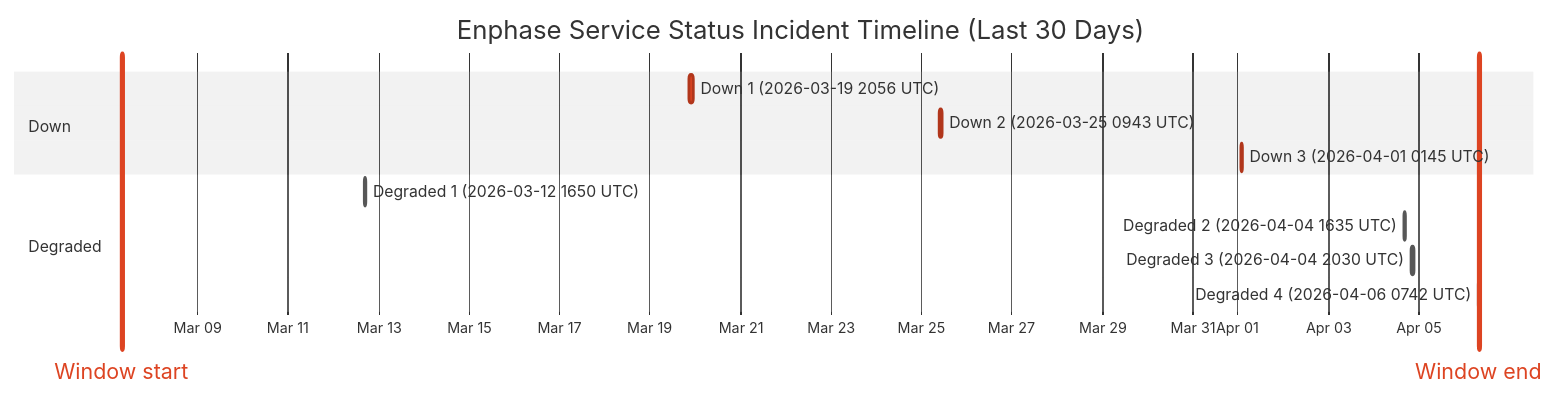
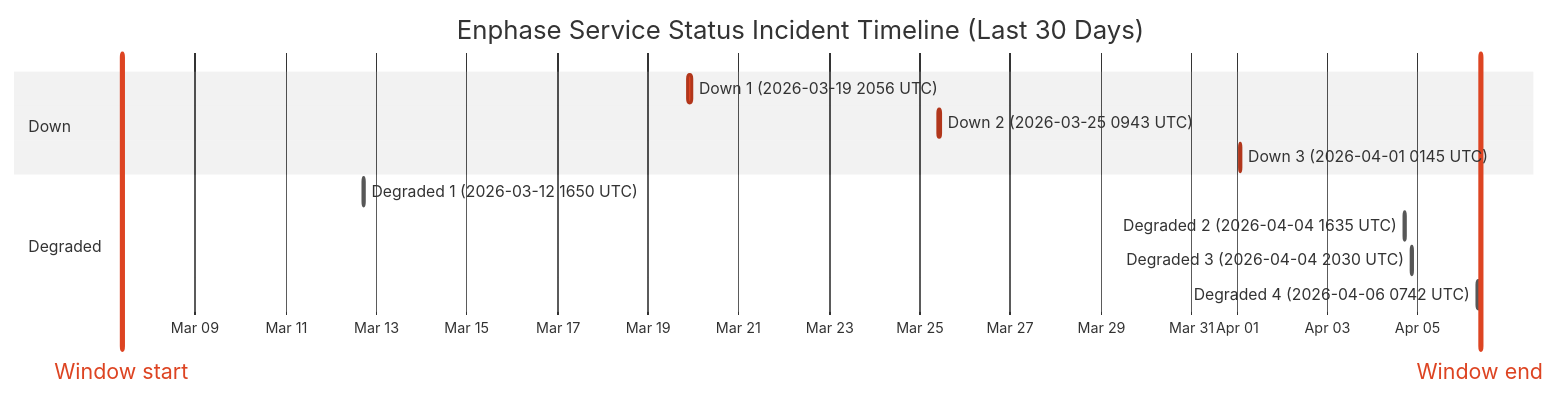
One commit to barneyonline/ha-enphase-ev-charger changed the diagram in wiki/Service-Status-History.md. Above: the diagram before and after it, drawn with Mermaid (neutral theme). The commit also changed other lines of this file and 4 other files, not shown here.

````diff
--- a/wiki/Service-Status-History.md
+++ b/wiki/Service-Status-History.md
@@ -14,17 +14,17 @@
 ```mermaid
 gantt
     title Enphase Service Status Incident Timeline (Last 30 Days)
     dateFormat  YYYY-MM-DDTHH:mm:ss
     axisFormat  %b %d
-    Window start :vert, window-start, 2026-03-07T07:42:09, 0ms
-    Window end :vert, window-end, 2026-04-06T07:42:09, 0ms
+    Window start :vert, window-start, 2026-03-07T09:08:02, 0ms
+    Window end :vert, window-end, 2026-04-06T09:08:02, 0ms
     section Down
     Down 1 (2026-03-19 2056 UTC) :crit, down-1, 2026-03-19T20:56:20, 145m
     Down 2 (2026-03-25 0943 UTC) :crit, down-2, 2026-03-25T09:43:28, 111m
     Down 3 (2026-04-01 0145 UTC) :crit, down-3, 2026-04-01T01:45:09, 60m
     section Degraded
     Degraded 1 (2026-03-12 1650 UTC) :active, degraded-1, 2026-03-12T16:50:43, 60m
     Degraded 2 (2026-04-04 1635 UTC) :active, degraded-2, 2026-04-04T16:35:17, 60m
     Degraded 3 (2026-04-04 2030 UTC) :active, degraded-3, 2026-04-04T20:30:40, 60m
-    Degraded 4 (2026-04-06 0742 UTC) :active, degraded-4, 2026-04-06T07:42:09, 60m
+    Degraded 4 (2026-04-06 0742 UTC) :active, degraded-4, 2026-04-06T07:42:09, 85m
 ```
````
